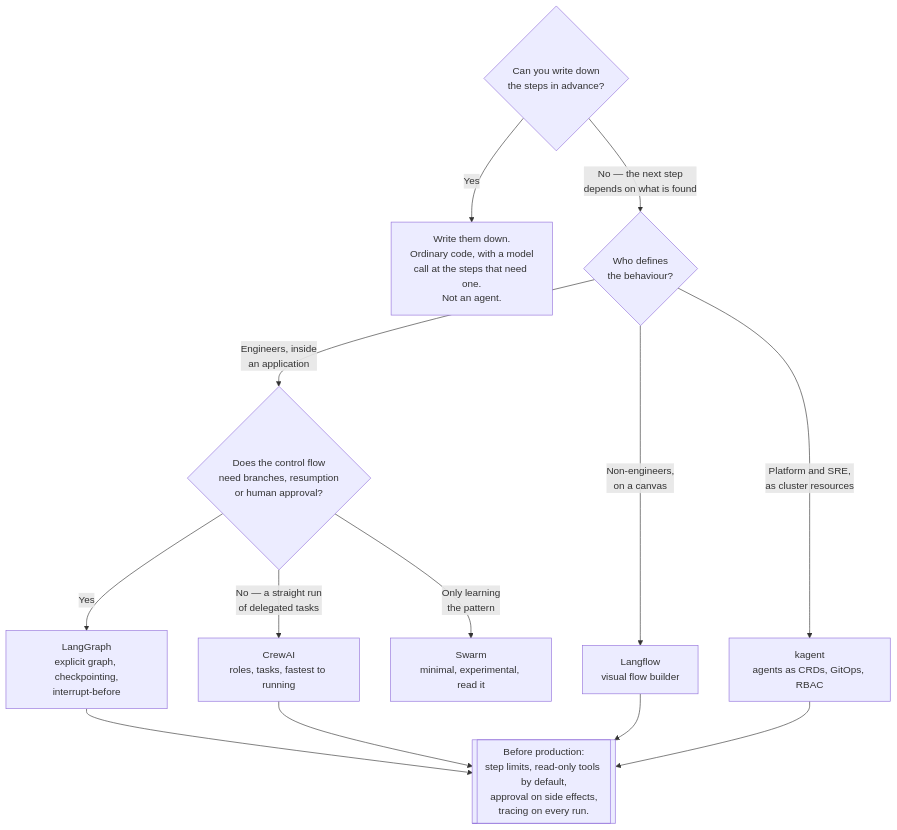
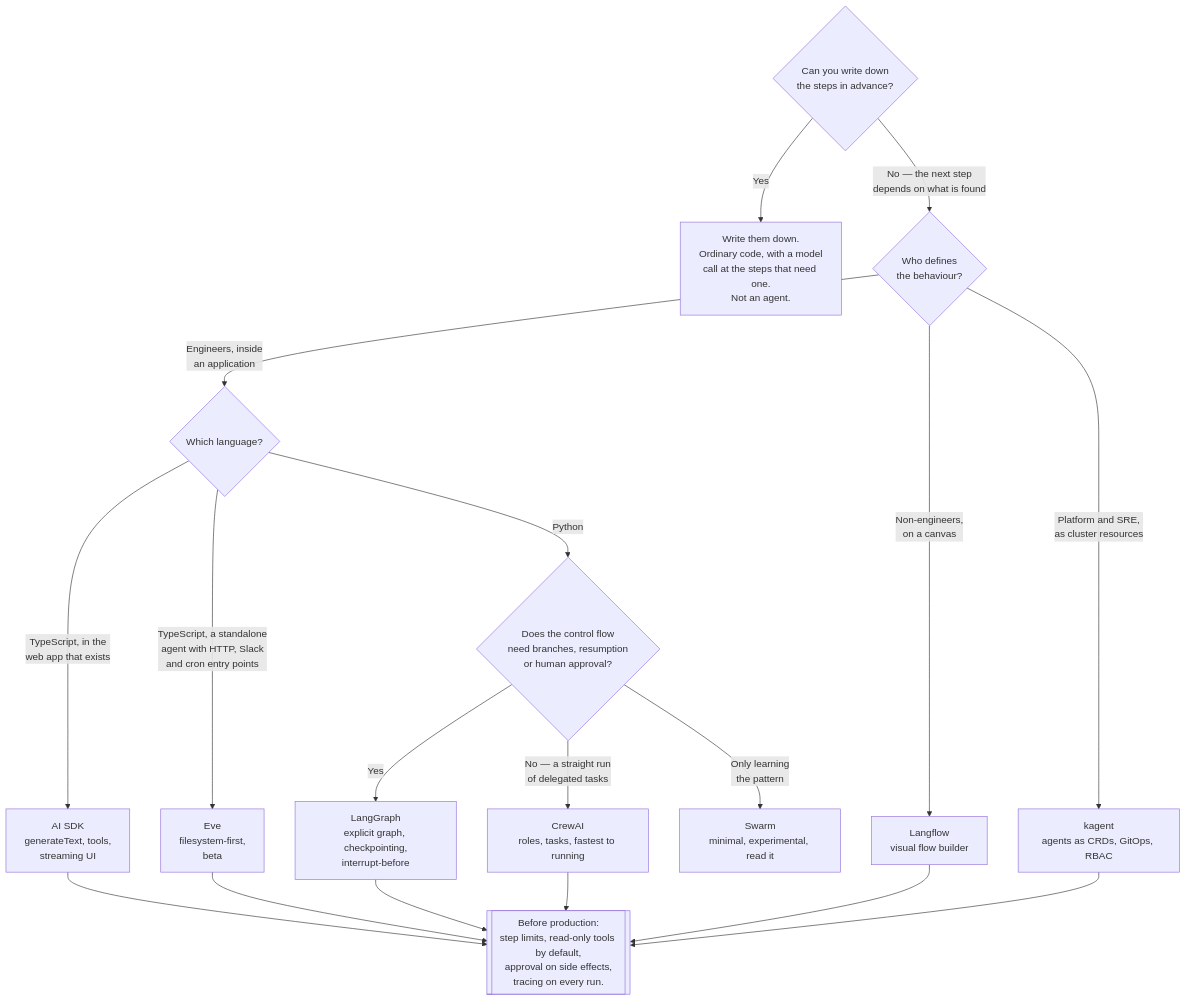
The diagram in infrastructure/ai/agents/README.md (andreyolv/pikakube), drawn with Mermaid before and after one commit. The commit also changed other lines of this file and 40 other files, not shown here.

````diff
--- a/infrastructure/ai/agents/README.md
+++ b/infrastructure/ai/agents/README.md
@@ -211,26 +220,32 @@
 ```mermaid
 flowchart TD
     START{Can you write down<br/>the steps in advance?}
 
     START -->|Yes| CHAIN[Write them down.<br/>Ordinary code, with a model<br/>call at the steps that need one.<br/>Not an agent.]
     START -->|No — the next step<br/>depends on what is found| WHO
 
     WHO{Who defines<br/>the behaviour?}
 
-    WHO -->|Engineers, inside<br/>an application| LIB
+    WHO -->|Engineers, inside<br/>an application| LANG
+    LANG{Which language?}
+    LANG -->|TypeScript, in the<br/>web app that exists| SDK[AI SDK<br/>generateText, tools,<br/>streaming UI]
+    LANG -->|TypeScript, a standalone<br/>agent with HTTP, Slack<br/>and cron entry points| EVE[Eve<br/>filesystem-first,<br/>beta]
+    LANG -->|Python| LIB
     WHO -->|Non-engineers,<br/>on a canvas| LANGFLOW[Langflow<br/>visual flow builder]
     WHO -->|Platform and SRE,<br/>as cluster resources| KAGENT[kagent<br/>agents as CRDs, GitOps, RBAC]
 
     LIB{Does the control flow<br/>need branches, resumption<br/>or human approval?}
 
     LIB -->|Yes| LG[LangGraph<br/>explicit graph, checkpointing,<br/>interrupt-before]
     LIB -->|No — a straight run<br/>of delegated tasks| CREW[CrewAI<br/>roles, tasks, fastest to running]
     LIB -->|Only learning<br/>the pattern| SWARM[Swarm<br/>minimal, experimental, read it]
 
     LG --> GUARD
+    SDK --> GUARD
+    EVE --> GUARD
     CREW --> GUARD
     KAGENT --> GUARD
     LANGFLOW --> GUARD
 
     GUARD[[Before production:<br/>step limits, read-only tools by default,<br/>approval on side effects,<br/>tracing on every run.]]
 ```
````
